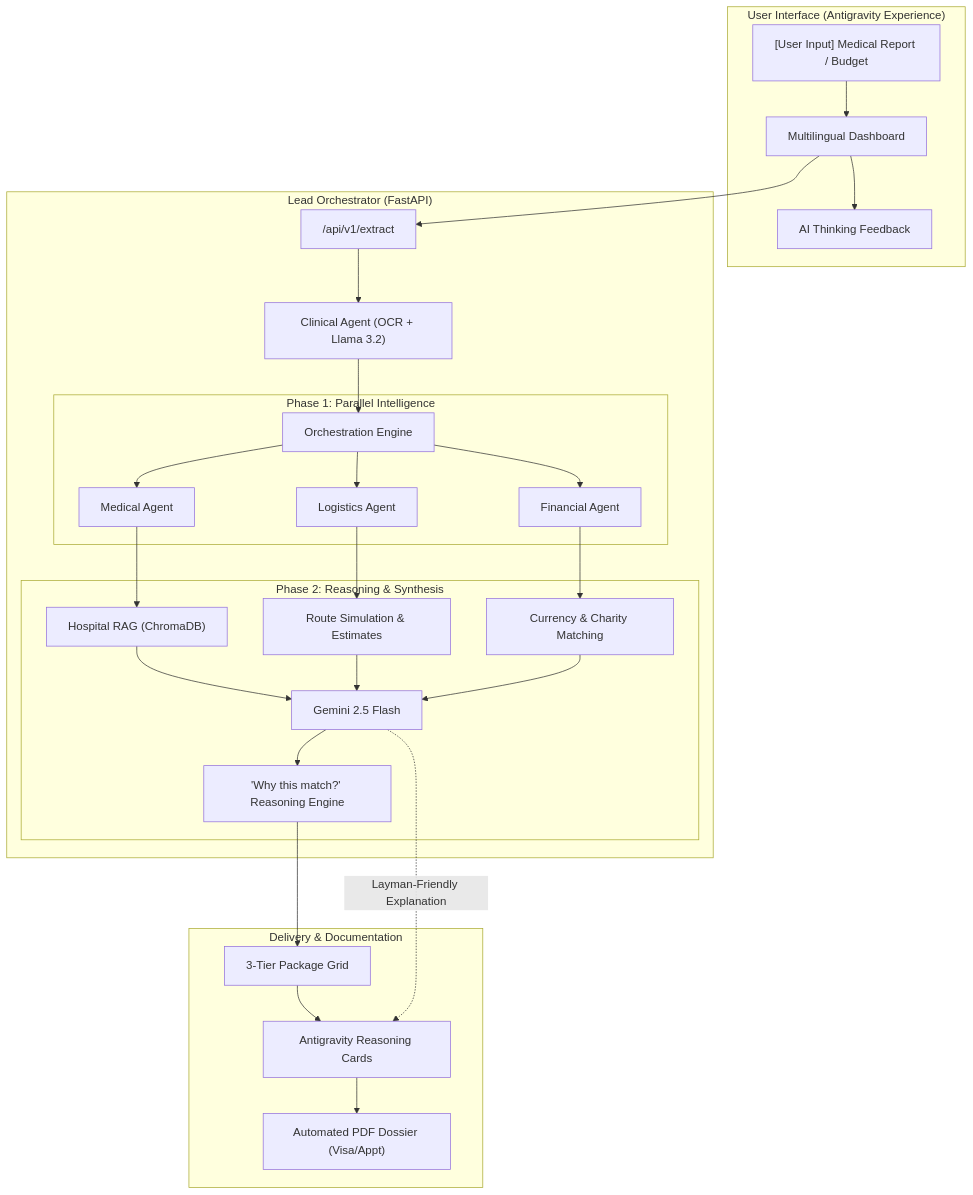
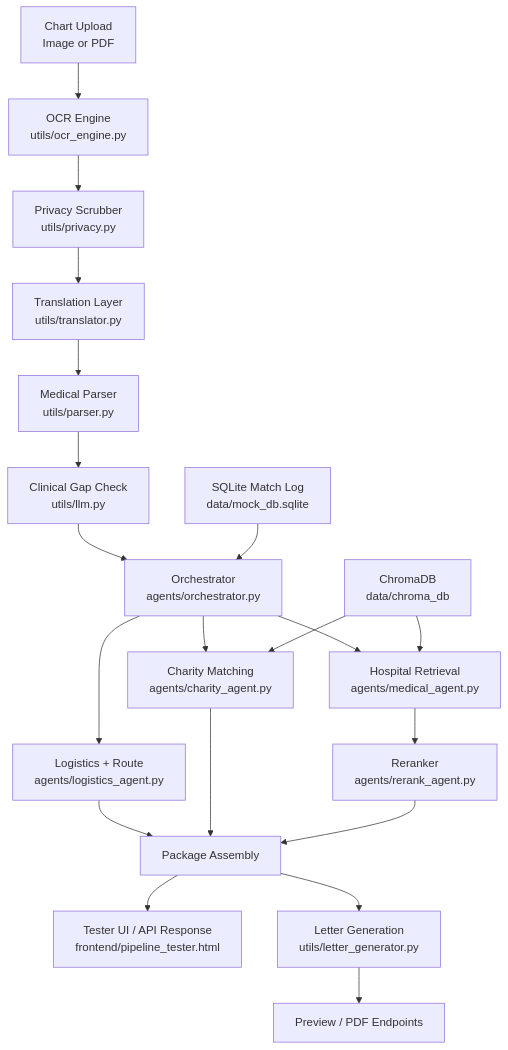
The diagram in README.md (zoeywongzixin/Medi_Travel), drawn with Mermaid before and after one commit. The commit also changed other lines of this file and 29 other files, not shown here.

````diff
--- a/README.md
+++ b/README.md
@@ -11,38 +68,23 @@
 ```mermaid
-graph TD
-    subgraph "User Interface (Antigravity Experience)"
-        A["[User Input] Medical Report / Budget"] --> B["Multilingual Dashboard"]
-        B --> B1["AI Thinking Feedback"]
-    end
+flowchart TD
+    A["Chart Upload<br/>Image or PDF"] --> B["OCR Engine<br/>utils/ocr_engine.py"]
+    B --> C["Privacy Scrubber<br/>utils/privacy.py"]
+    C --> D["Translation Layer<br/>utils/translator.py"]
+    D --> E["Medical Parser<br/>utils/parser.py"]
+    E --> F["Clinical Gap Check<br/>utils/llm.py"]
+    F --> G["Orchestrator<br/>agents/orchestrator.py"]
+    G --> H["Hospital Retrieval<br/>agents/medical_agent.py"]
+    G --> I["Logistics + Route<br/>agents/logistics_agent.py"]
+    G --> J["Charity Matching<br/>agents/charity_agent.py"]
+    H --> K["Reranker<br/>agents/rerank_agent.py"]
+    I --> L["Package Assembly"]
+    J --> L
+    K --> L["Package Assembly"]
+    L --> M["Tester UI / API Response<br/>frontend/pipeline_tester.html"]
+    L --> N["Letter Generation<br/>utils/letter_generator.py"]
+    N --> O["Preview / PDF Endpoints"]
 
-    subgraph "Lead Orchestrator (FastAPI)"
-        B --> C["/api/v1/extract"]
-        C --> D["Clinical Agent (OCR + Llama 3.2)"]
-        
-        D --> F["Orchestration Engine"]
-        
-        subgraph "Phase 1: Parallel Intelligence"
-            F --> G["Medical Agent"]
-            F --> H["Logistics Agent"]
-            F --> I["Financial Agent"]
-        end
-        
-        G --> G1["Hospital RAG (ChromaDB)"]
-        H --> H1["Route Simulation & Estimates"]
-        I --> I1["Currency & Charity Matching"]
-        
-        subgraph "Phase 2: Reasoning & Synthesis"
-            G1 & H1 & I1 --> J["Gemini 2.5 Flash"]
-            J --> K["'Why this match?' Reasoning Engine"]
-        end
-    end
-
-    subgraph "Delivery & Documentation"
-        K --> L["3-Tier Package Grid"]
-        L --> M["Antigravity Reasoning Cards"]
-        M --> N["Automated PDF Dossier (Visa/Appt)"]
-    end
-
-    %% Intelligence Loops
-    J -.->|"Layman-Friendly Explanation"| M
+    P["ChromaDB<br/>data/chroma_db"] --> H
+    P --> J
+    Q["SQLite Match Log<br/>data/mock_db.sqlite"] --> G
 ```
````
